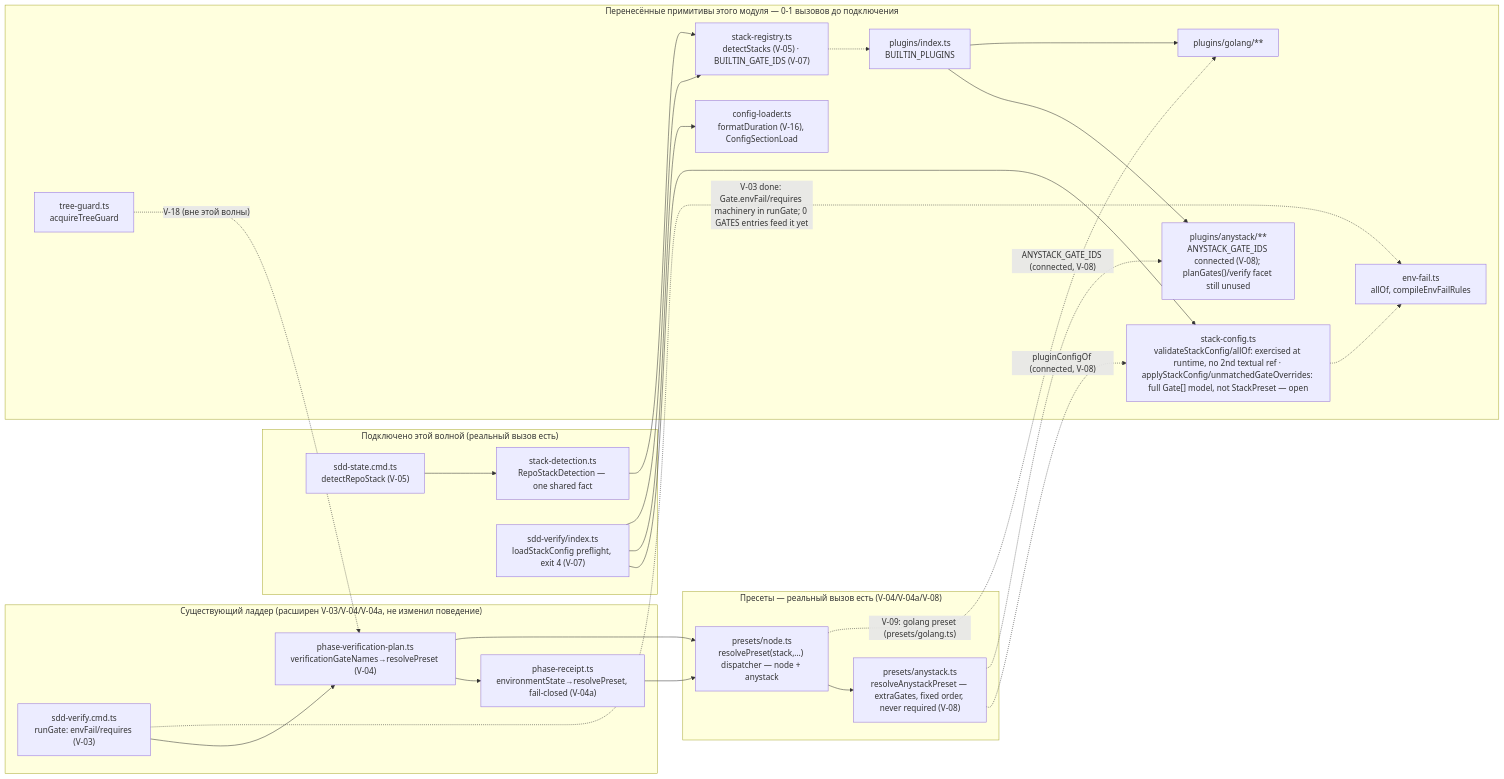
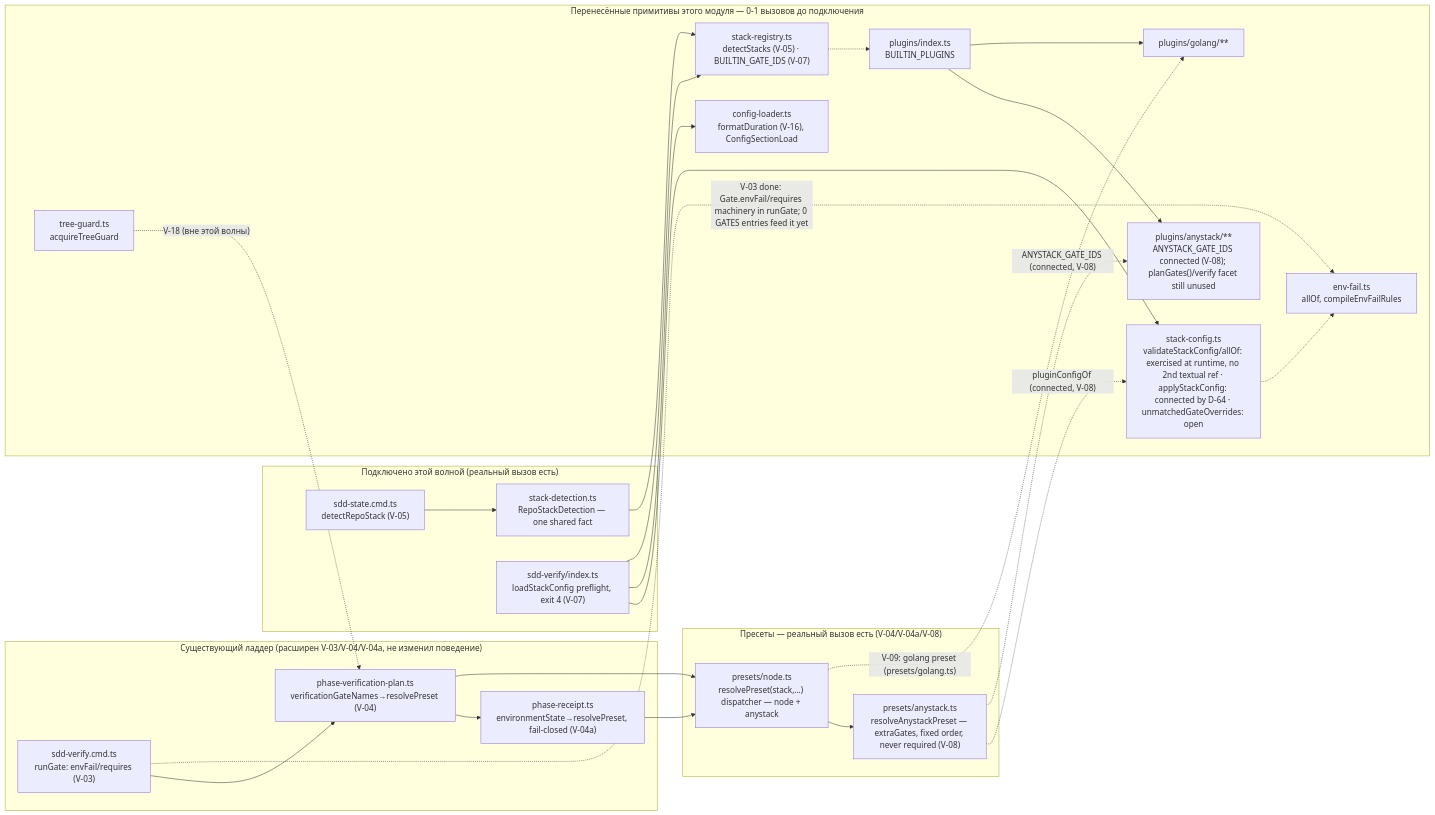
One commit to RubaXa/gennady changed the first of 2 diagrams in specs/cli/verify/verify.spec.md. Above: the diagram before and after it, drawn with Mermaid. The commit also changed other lines of this file and 21 other files, not shown here.

````diff
--- a/specs/cli/verify/verify.spec.md
+++ b/specs/cli/verify/verify.spec.md
@@ -29,48 +29,48 @@
 ```mermaid
 flowchart LR
   subgraph existing["Существующий ладдер (расширен V-03/V-04/V-04a, не изменил поведение)"]
     CMD["sdd-verify.cmd.ts\nrunGate: envFail/requires (V-03)"] --> PLAN["phase-verification-plan.ts\nverificationGateNames→resolvePreset (V-04)"]
     PLAN --> RCPT["phase-receipt.ts\nenvironmentState→resolvePreset, fail-closed (V-04a)"]
   end
 
   subgraph presets["Пресеты — реальный вызов есть (V-04/V-04a/V-08)"]
     NODE["presets/node.ts\nresolvePreset(stack,…) dispatcher — node + anystack"]
     ANYP["presets/anystack.ts\nresolveAnystackPreset — extraGates, fixed order, never required (V-08)"]
   end
 
   subgraph connected["Подключено этой волной (реальный вызов есть)"]
     STATE["sdd-state.cmd.ts\ndetectRepoStack (V-05)"]
     SD["stack-detection.ts\nRepoStackDetection — one shared fact"]
     IDX["sdd-verify/index.ts\nloadStackConfig preflight, exit 4 (V-07)"]
   end
 
   subgraph ported["Перенесённые примитивы этого модуля — 0-1 вызовов до подключения"]
     REG["stack-registry.ts\ndetectStacks (V-05) · BUILTIN_GATE_IDS (V-07)"]
-    CFG["stack-config.ts\nvalidateStackConfig/allOf: exercised at runtime, no 2nd textual ref · applyStackConfig/unmatchedGateOverrides: full Gate[] model, not StackPreset — open"]
+    CFG["stack-config.ts\nvalidateStackConfig/allOf: exercised at runtime, no 2nd textual ref · applyStackConfig: connected by D-64 · unmatchedGateOverrides: open"]
     ENVF["env-fail.ts\nallOf, compileEnvFailRules"]
     TG["tree-guard.ts\nacquireTreeGuard"]
     LOADER["config-loader.ts\nformatDuration (V-16), ConfigSectionLoad"]
     PLUGINS["plugins/index.ts\nBUILTIN_PLUGINS"]
     ANY["plugins/anystack/**\nANYSTACK_GATE_IDS connected (V-08); planGates()/verify facet still unused"]
     GO["plugins/golang/**"]
   end
 
   PLAN --> NODE
   RCPT --> NODE
   NODE --> ANYP
   ANYP -. "pluginConfigOf (connected, V-08)" .-> CFG
   ANYP -. "ANYSTACK_GATE_IDS (connected, V-08)" .-> ANY
   PLUGINS --> ANY
   PLUGINS --> GO
   CFG -.-> ENVF
   REG -.-> PLUGINS
   STATE --> SD
   SD --> REG
   IDX --> CFG
   IDX --> LOADER
   IDX --> REG
 
   CMD -. "V-03 done: Gate.envFail/requires machinery in runGate; 0 GATES entries feed it yet" .-> ENVF
   NODE -. "V-09: golang preset (presets/golang.ts)" .-> GO
   TG -. "V-18 (вне этой волны)" .-> PLAN
 ```
````
